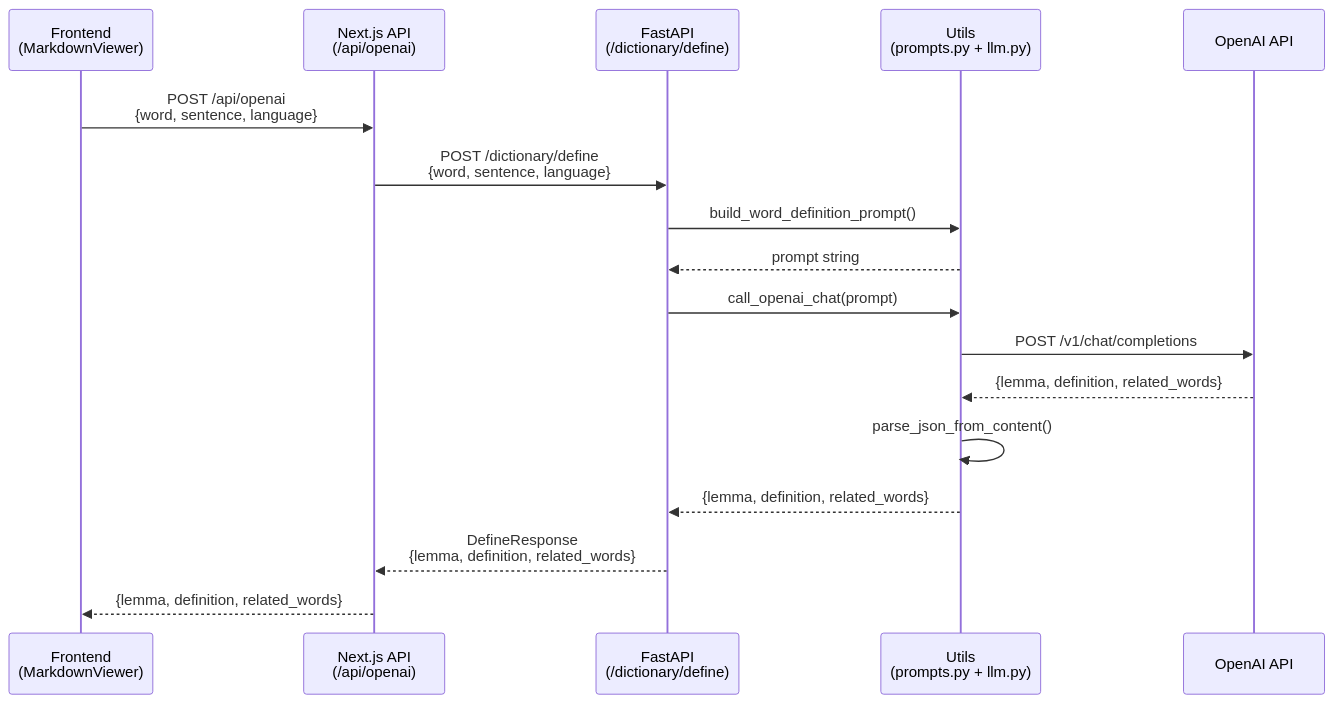
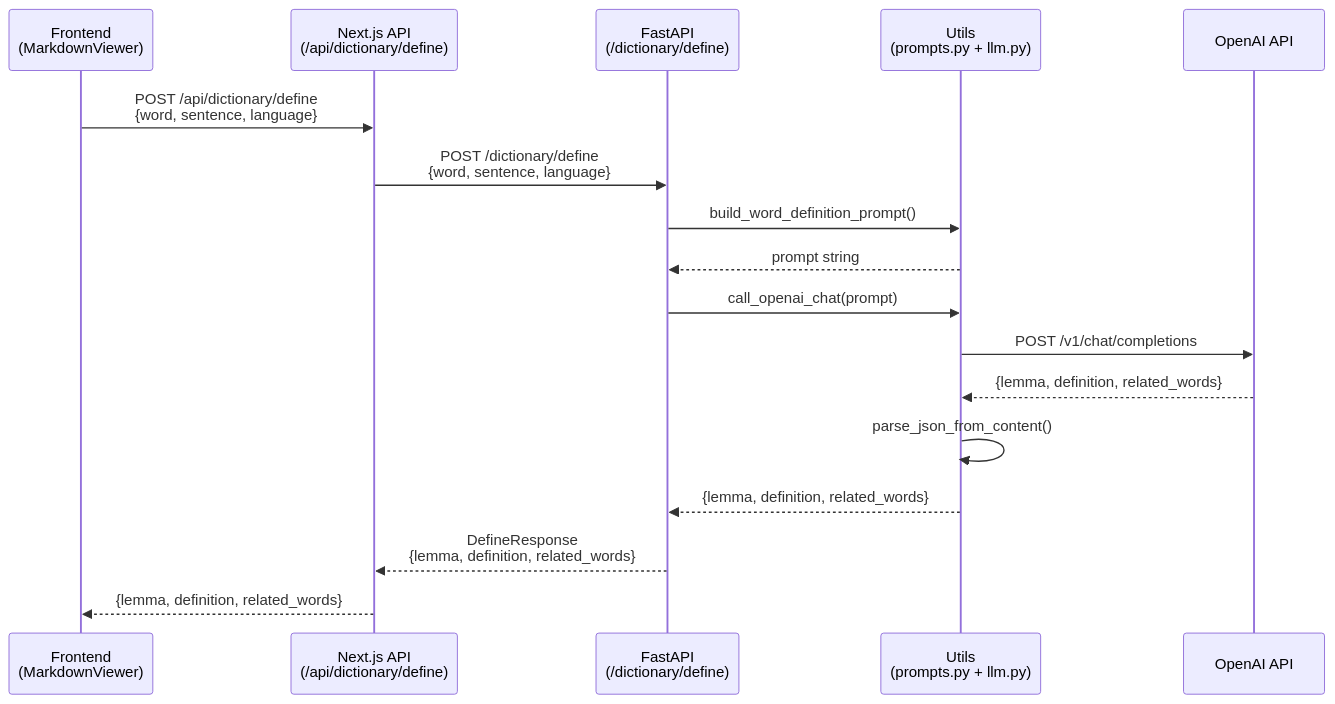
The third of 3 diagrams in ARCHITECTURE.md (seung-gu/opad), drawn with Mermaid before and after one commit. The commit also changed other lines of this file and 11 other files, not shown here.

````diff
--- a/ARCHITECTURE.md
+++ b/ARCHITECTURE.md
@@ -386,23 +386,23 @@
 ```mermaid
 sequenceDiagram
     participant Frontend as Frontend<br/>(MarkdownViewer)
-    participant NextAPI as Next.js API<br/>(/api/openai)
+    participant NextAPI as Next.js API<br/>(/api/dictionary/define)
     participant FastAPI as FastAPI<br/>(/dictionary/define)
     participant Utils as Utils<br/>(prompts.py + llm.py)
     participant OpenAI as OpenAI API
     
-    Frontend->>NextAPI: POST /api/openai<br/>{word, sentence, language}
+    Frontend->>NextAPI: POST /api/dictionary/define<br/>{word, sentence, language}
     NextAPI->>FastAPI: POST /dictionary/define<br/>{word, sentence, language}
     
     FastAPI->>Utils: build_word_definition_prompt()
     Utils-->>FastAPI: prompt string
     
     FastAPI->>Utils: call_openai_chat(prompt)
     Utils->>OpenAI: POST /v1/chat/completions
     OpenAI-->>Utils: {lemma, definition, related_words}
     Utils->>Utils: parse_json_from_content()
     Utils-->>FastAPI: {lemma, definition, related_words}
     
     FastAPI-->>NextAPI: DefineResponse<br/>{lemma, definition, related_words}
     NextAPI-->>Frontend: {lemma, definition, related_words}
 ```
````
